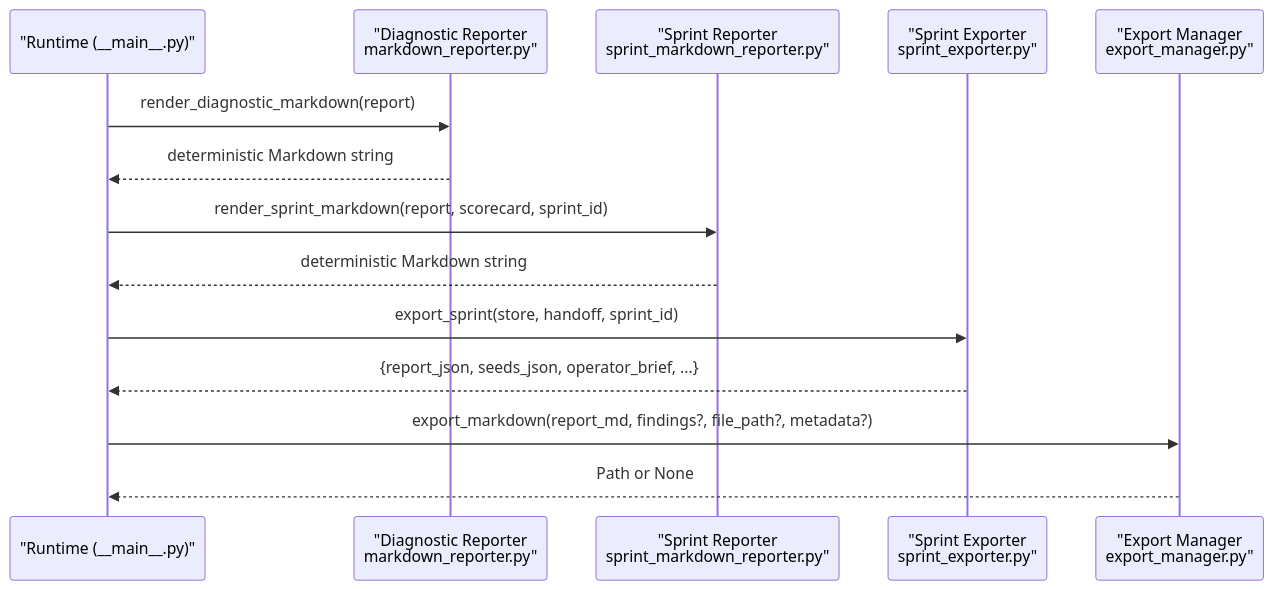
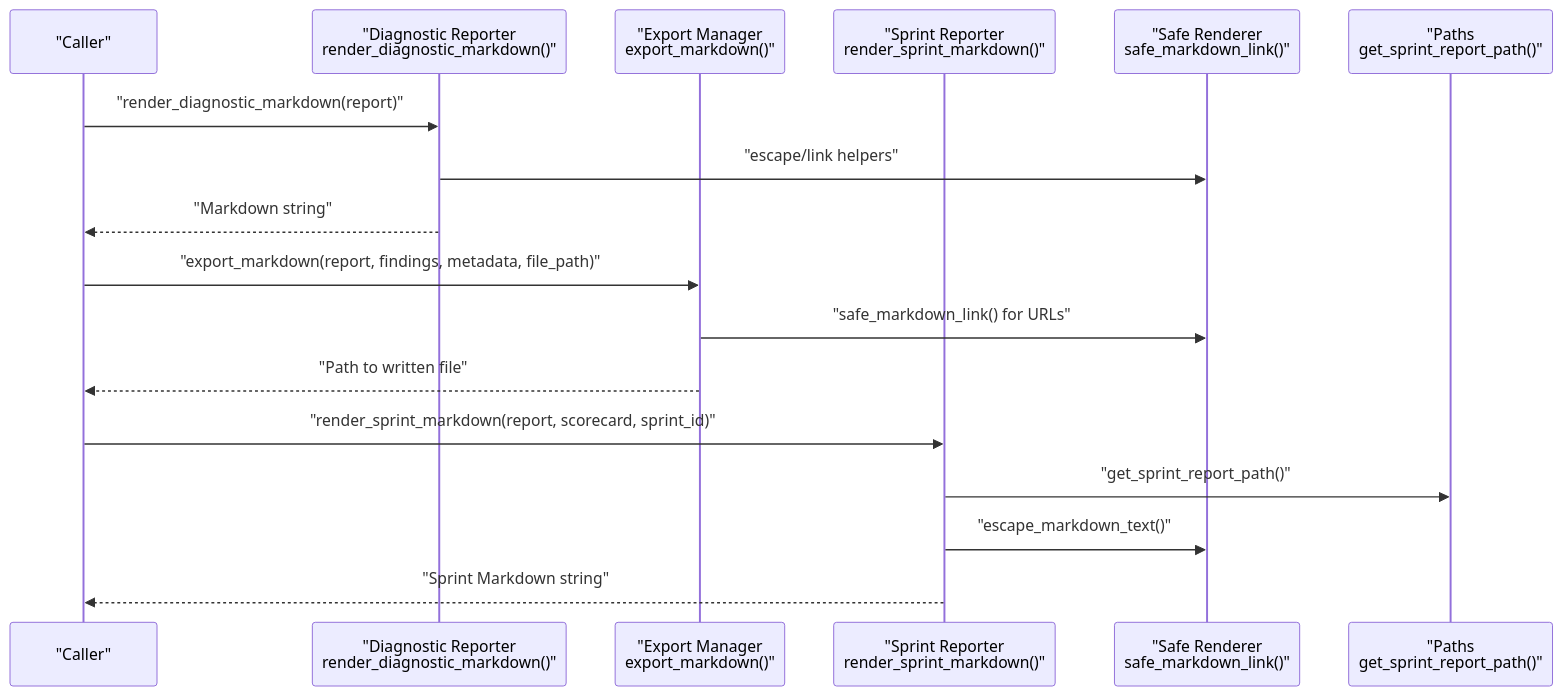
Before and after one commit to Hamulda/hledac-universal: the second of 6 diagrams in .qoder/repowiki/en/content/Export and Reporting/Markdown Reporting.md, drawn with Mermaid. The commit also changed other lines of this file and 236 other files, not shown here.

````diff
--- a/.qoder/repowiki/en/content/Export and Reporting/Markdown Reporting.md
+++ b/.qoder/repowiki/en/content/Export and Reporting/Markdown Reporting.md
@@ -111,16 +109,19 @@
 ```mermaid
 sequenceDiagram
-participant Runtime as "Runtime (__main__.py)"
-participant Diag as "Diagnostic Reporter<br/>markdown_reporter.py"
-participant SprintMD as "Sprint Reporter<br/>sprint_markdown_reporter.py"
-participant Exporter as "Sprint Exporter<br/>sprint_exporter.py"
-participant Manager as "Export Manager<br/>export_manager.py"
-Runtime->>Diag : render_diagnostic_markdown(report)
-Diag-->>Runtime : deterministic Markdown string
-Runtime->>SprintMD : render_sprint_markdown(report, scorecard, sprint_id)
-SprintMD-->>Runtime : deterministic Markdown string
-Runtime->>Exporter : export_sprint(store, handoff, sprint_id)
-Exporter-->>Runtime : {report_json, seeds_json, operator_brief, ...}
-Runtime->>Manager : export_markdown(report_md, findings?, file_path?, metadata?)
-Manager-->>Runtime : Path or None
+participant Client as "Caller"
+participant DM as "Diagnostic Reporter<br/>render_diagnostic_markdown()"
+participant EM as "Export Manager<br/>export_markdown()"
+participant SMR as "Sprint Reporter<br/>render_sprint_markdown()"
+participant SR as "Safe Renderer<br/>safe_markdown_link()"
+participant PATHS as "Paths<br/>get_sprint_report_path()"
+Client->>DM : "render_diagnostic_markdown(report)"
+DM->>SR : "escape/link helpers"
+DM-->>Client : "Markdown string"
+Client->>EM : "export_markdown(report, findings, metadata, file_path)"
+EM->>SR : "safe_markdown_link() for URLs"
+EM-->>Client : "Path to written file"
+Client->>SMR : "render_sprint_markdown(report, scorecard, sprint_id)"
+SMR->>PATHS : "get_sprint_report_path()"
+SMR->>SR : "escape_markdown_text()"
+SMR-->>Client : "Sprint Markdown string"
 ```
````
